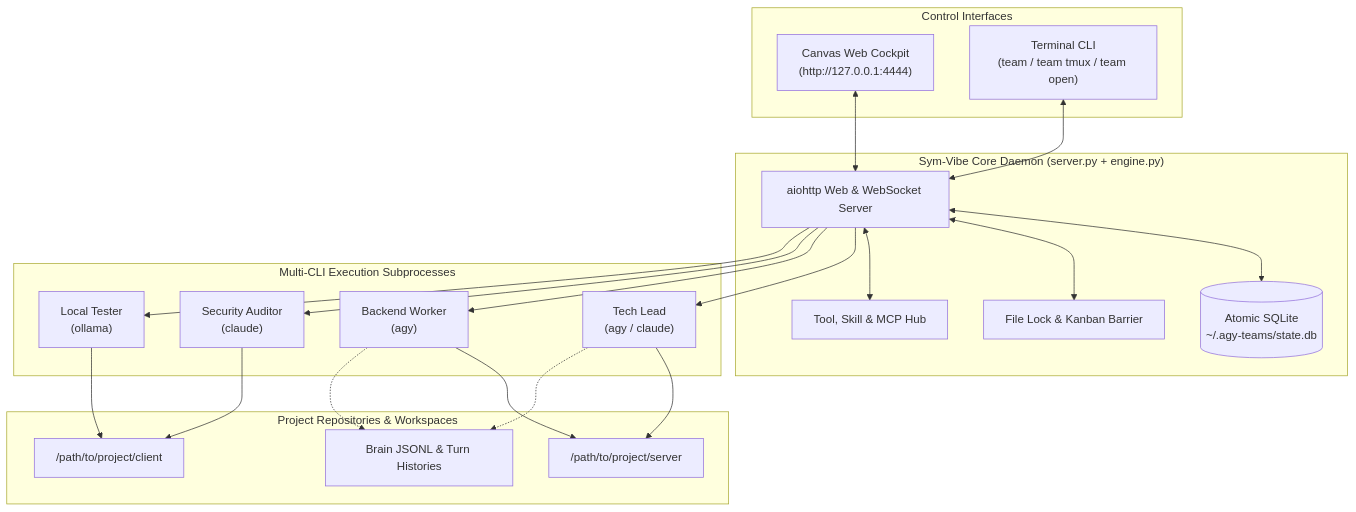
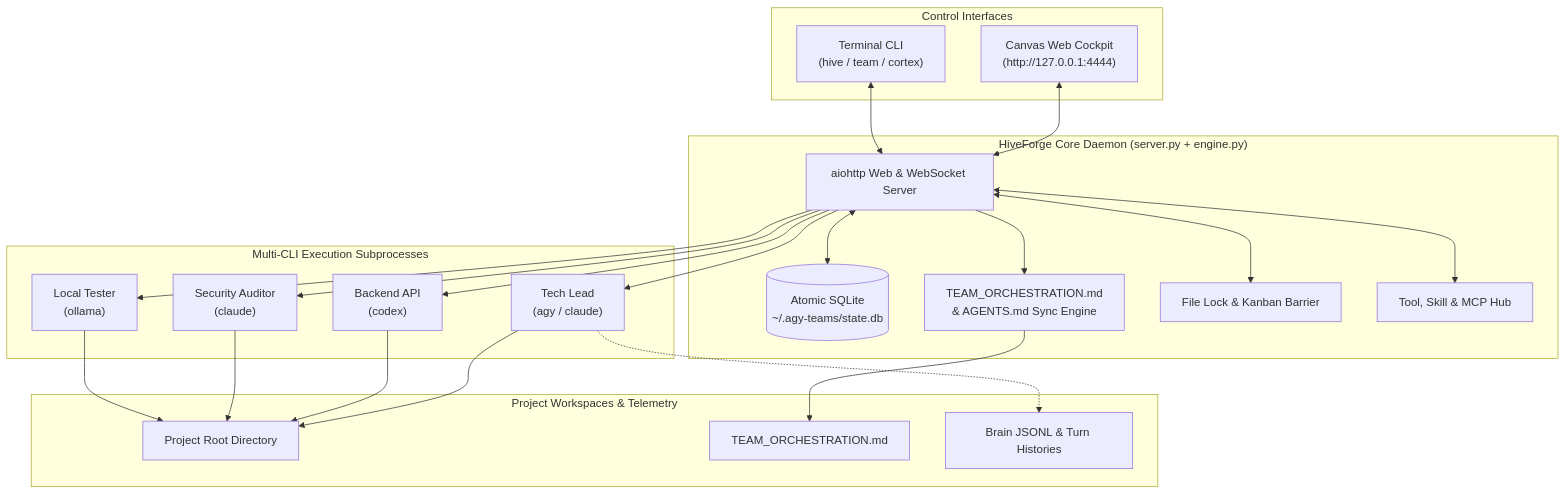
Before and after one commit to ElCunq/HiveForge: the diagram in README.md, drawn with Mermaid. The commit also changed other lines of this file and 6 other files, not shown here.

Commit message:
feat: rename to HiveForge, add OpenAI Codex runtime, team context awareness, and OS-aware installer

````diff
--- a/README.md
+++ b/README.md
@@ -41,44 +56,46 @@
 ```mermaid
 flowchart TD
     subgraph UserInterfaces ["Control Interfaces"]
         WEB["Canvas Web Cockpit\n(http://127.0.0.1:4444)"]
-        CLI["Terminal CLI\n(team / team tmux / team open)"]
+        CLI["Terminal CLI\n(hive / team / cortex)"]
     end
 
-    subgraph CoreDaemon ["Sym-Vibe Core Daemon (server.py + engine.py)"]
+    subgraph CoreDaemon ["HiveForge Core Daemon (server.py + engine.py)"]
         API["aiohttp Web & WebSocket Server"]
         DB[(Atomic SQLite\n~/.agy-teams/state.db)]
+        DocSync["TEAM_ORCHESTRATION.md\n& AGENTS.md Sync Engine"]
         LockMgr["File Lock & Kanban Barrier"]
         EcoHub["Tool, Skill & MCP Hub"]
     end
 
     subgraph AgentRunners ["Multi-CLI Execution Subprocesses"]
-        AGY_LEAD["Tech Lead\n(agy / claude)"]
-        AGY_WORKER["Backend Worker\n(agy)"]
-        CLAUDE_WORKER["Security Auditor\n(claude)"]
-        OLLAMA_WORKER["Local Tester\n(ollama)"]
+        LEAD["Tech Lead\n(agy / claude)"]
+        CODEX_W["Backend API\n(codex)"]
+        CLAUDE_W["Security Auditor\n(claude)"]
+        OLLAMA_W["Local Tester\n(ollama)"]
     end
 
-    subgraph Workspaces ["Project Repositories & Workspaces"]
-        REPO1["/path/to/project/server"]
-        REPO2["/path/to/project/client"]
+    subgraph Workspaces ["Project Workspaces & Telemetry"]
+        REPO["Project Root Directory"]
+        DOCS["TEAM_ORCHESTRATION.md"]
         BRAIN["Brain JSONL & Turn Histories"]
     end
 
     WEB <--> API
     CLI <--> API
     API <--> DB
     API <--> LockMgr
     API <--> EcoHub
-    API --> AGY_LEAD
-    API --> AGY_WORKER
-    API --> CLAUDE_WORKER
-    API --> OLLAMA_WORKER
+    API --> DocSync
+    API --> LEAD
+    API --> CODEX_W
+    API --> CLAUDE_W
+    API --> OLLAMA_W
 
-    AGY_LEAD --> REPO1
-    AGY_WORKER --> REPO1
-    CLAUDE_WORKER --> REPO2
-    OLLAMA_WORKER --> REPO2
-    AGY_LEAD -.-> BRAIN
-    AGY_WORKER -.-> BRAIN
+    DocSync --> DOCS
+    LEAD --> REPO
+    CODEX_W --> REPO
+    CLAUDE_W --> REPO
+    OLLAMA_W --> REPO
+    LEAD -.-> BRAIN
 ```
````
